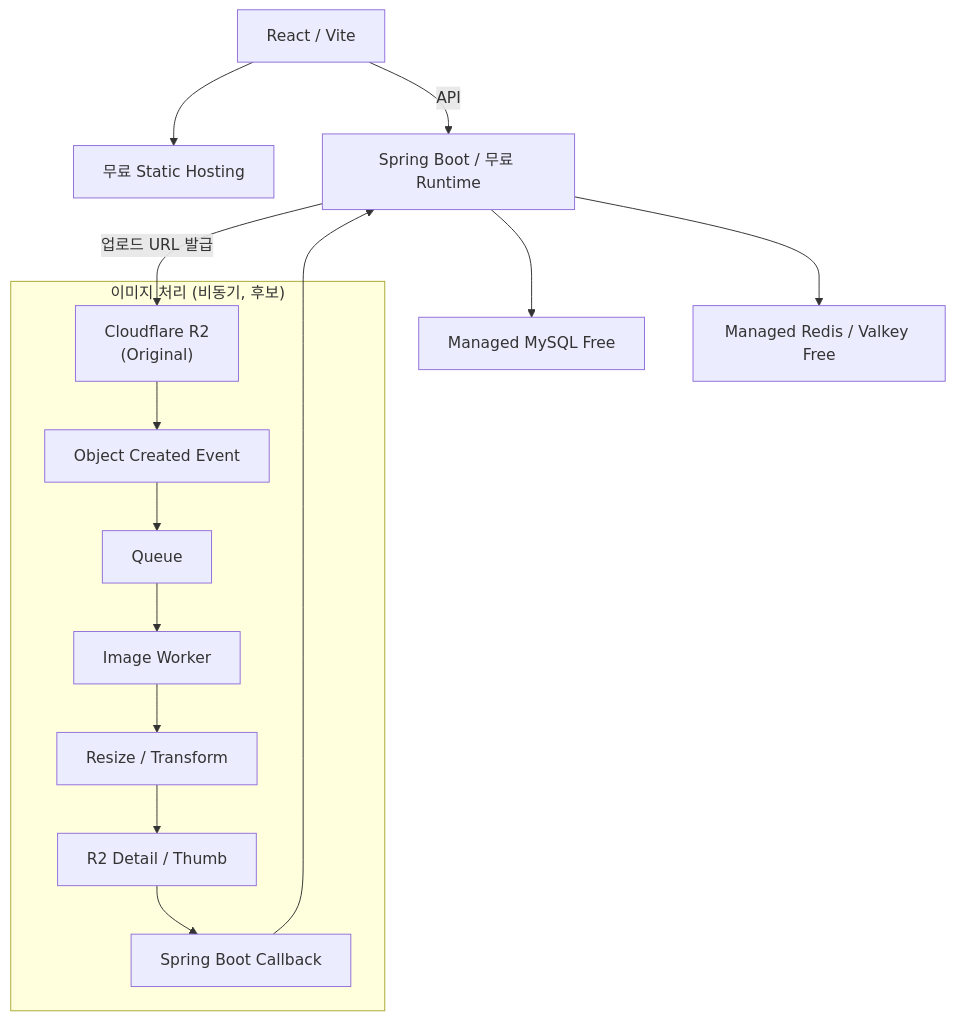
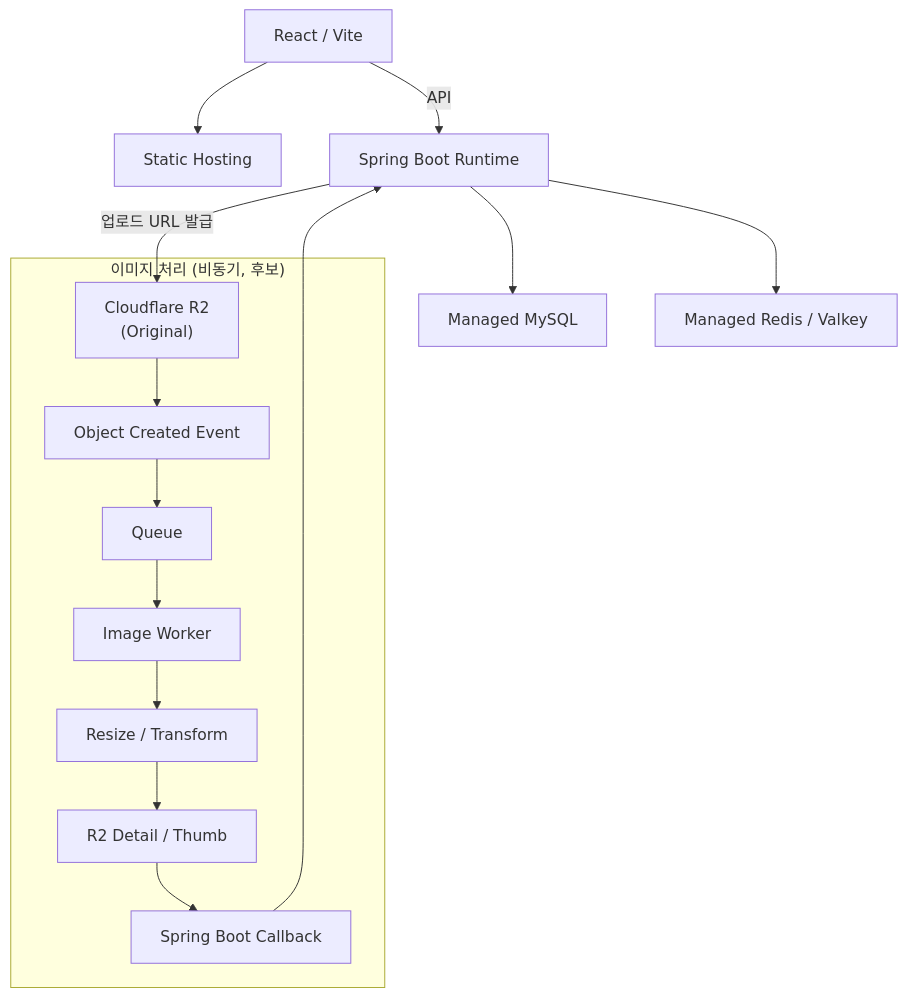
Before and after one commit to cherry-market/cherry-architecture: the third of 4 diagrams in architecture/low-cost-migration.md, drawn with Mermaid. The commit also changed other lines of this file and 1 other file, not shown here.

````diff
--- a/architecture/low-cost-migration.md
+++ b/architecture/low-cost-migration.md
@@ -114,19 +113,19 @@
 ```mermaid
 flowchart TD
-    A["React / Vite"] --> B["무료 Static Hosting"]
-    A -->|API| C["Spring Boot / 무료 Runtime"]
-    C --> D["Managed MySQL Free"]
-    C --> E["Managed Redis / Valkey Free"]
+    A["React / Vite"] --> B["Static Hosting"]
+    A -->|API| C["Spring Boot Runtime"]
+    C --> D["Managed MySQL"]
+    C --> E["Managed Redis / Valkey"]
 
     subgraph IMG["이미지 처리 (비동기, 후보)"]
         F["Cloudflare R2<br/>(Original)"] --> G["Object Created Event"]
         G --> H["Queue"]
         H --> I["Image Worker"]
         I --> J["Resize / Transform"]
         J --> K["R2 Detail / Thumb"]
         K --> L["Spring Boot Callback"]
     end
 
     C -->|업로드 URL 발급| F
     L --> C
 ```
````
